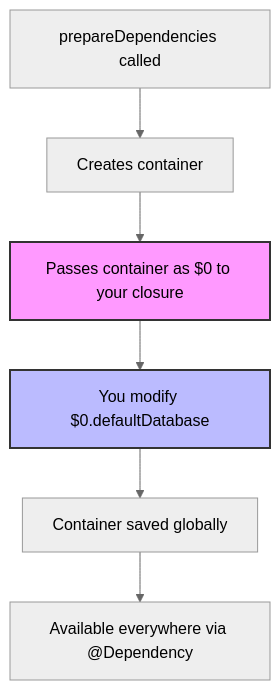
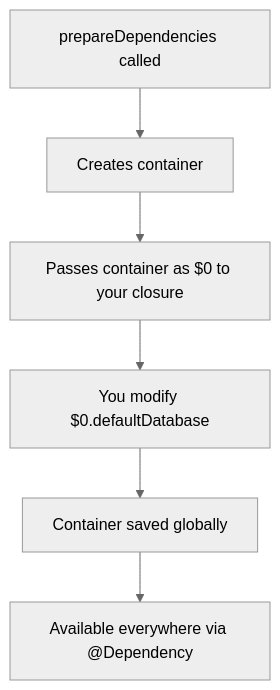
Before and after one commit to riceset/quartz: the second of 7 diagrams in content/Dictionary.md, drawn with Mermaid (neutral theme). The commit also changed other lines of this file and 1 other file, not shown here.

Commit message:
Remove dead wikilinks and mermaid colors

````diff
--- a/content/Dictionary.md
+++ b/content/Dictionary.md
@@ -421,11 +421,9 @@
 ```mermaid
 graph TD
     A[prepareDependencies called] --> B[Creates container]
     B --> C[Passes container as $0 to your closure]
     C --> D[You modify $0.defaultDatabase]
     D --> E[Container saved globally]
     E --> F[Available everywhere via @Dependency]
 
-    style C fill:#f9f,stroke:#333,stroke-width:2px
-    style D fill:#bbf,stroke:#333,stroke-width:2px
 ```
````
